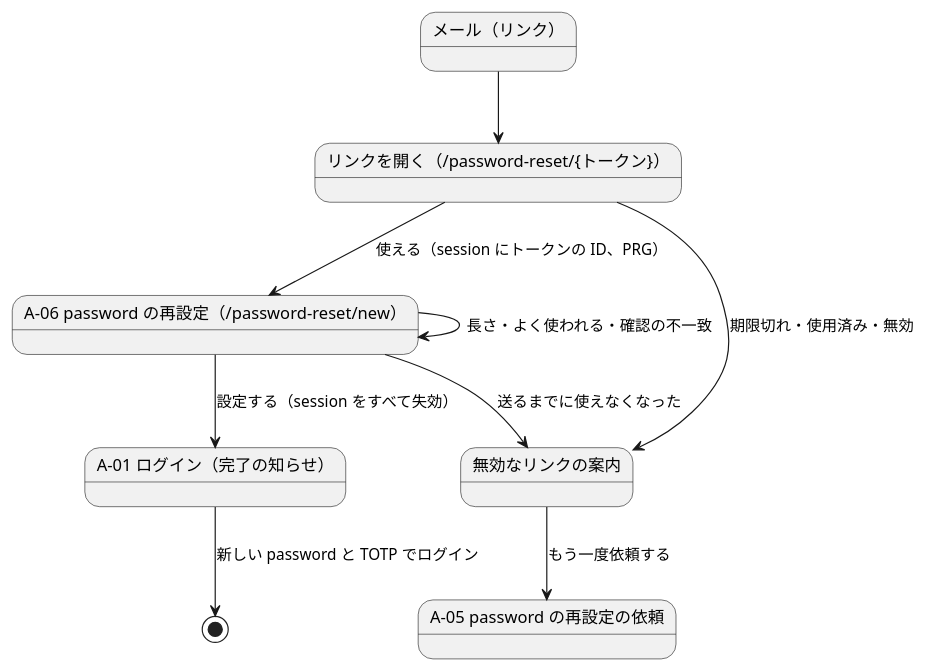
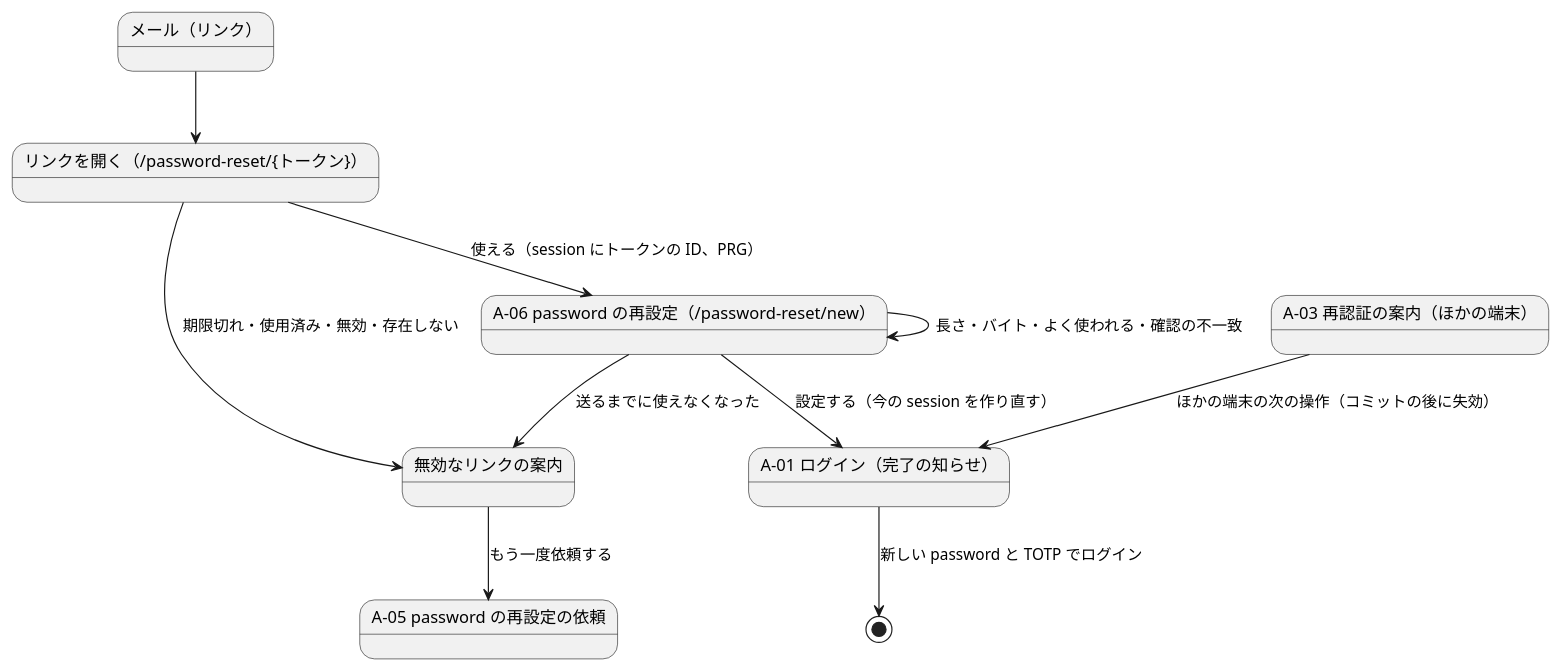
The third of 3 diagrams in docs/development/cargo-tracker/bolt_33a_plan.md (k2works/practical-domain-driven-design-in-enterpris-application), drawn with PlantUML before and after one commit. The commit also changed other lines of this file and 2 other files, not shown here.

````diff
--- a/docs/development/cargo-tracker/bolt_33a_plan.md
+++ b/docs/development/cargo-tracker/bolt_33a_plan.md
@@ -129,18 +154,20 @@
 ```plantuml
 @startuml
 state "メール（リンク）" as mail
 state "リンクを開く（/password-reset/{トークン}）" as open
 state "A-06 password の再設定（/password-reset/new）" as a06
 state "無効なリンクの案内" as invalid
 state "A-01 ログイン（完了の知らせ）" as a01
 state "A-05 password の再設定の依頼" as a05
+state "A-03 再認証の案内（ほかの端末）" as a03
 mail --> open
 open --> a06 : 使える（session にトークンの ID、PRG）
-open --> invalid : 期限切れ・使用済み・無効
-a06 --> a06 : 長さ・よく使われる・確認の不一致
-a06 --> a01 : 設定する（session をすべて失効）
+open --> invalid : 期限切れ・使用済み・無効・存在しない
+a06 --> a06 : 長さ・バイト・よく使われる・確認の不一致
+a06 --> a01 : 設定する（今の session を作り直す）
 a06 --> invalid : 送るまでに使えなくなった
 invalid --> a05 : もう一度依頼する
 a01 --> [*] : 新しい password と TOTP でログイン
+a03 --> a01 : ほかの端末の次の操作（コミットの後に失効）
 @enduml
 ```
````
